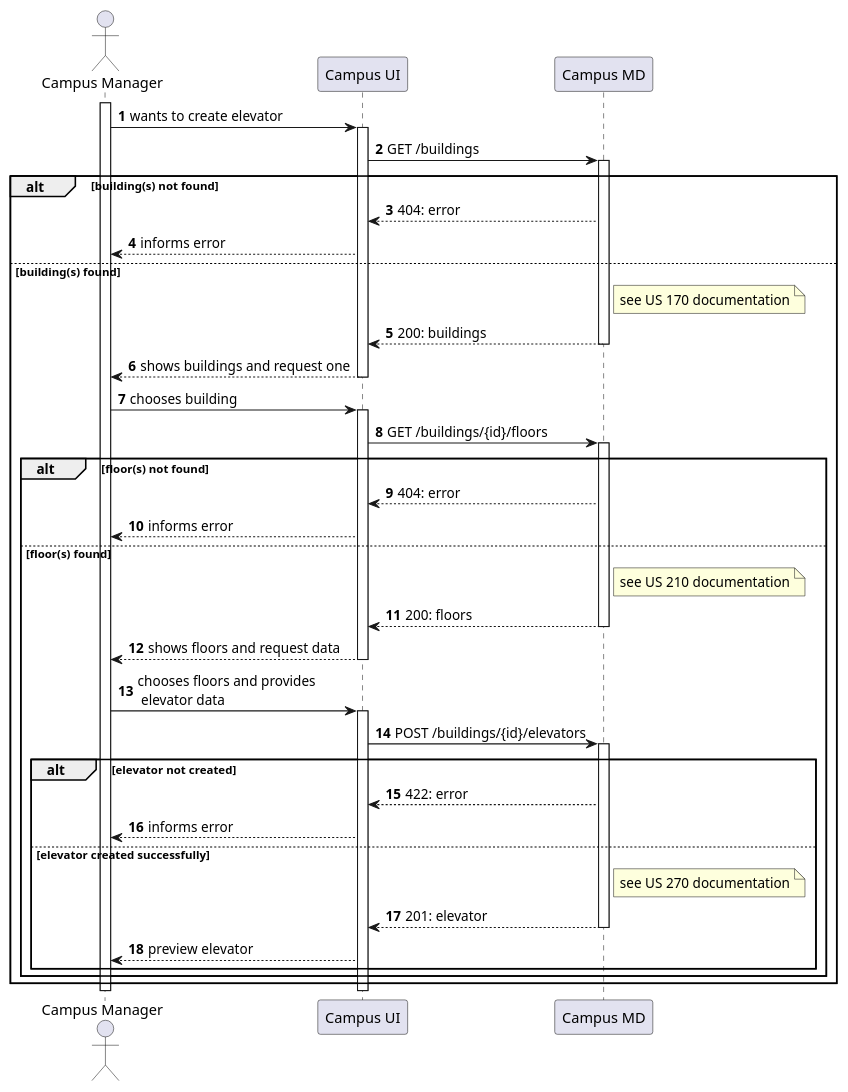
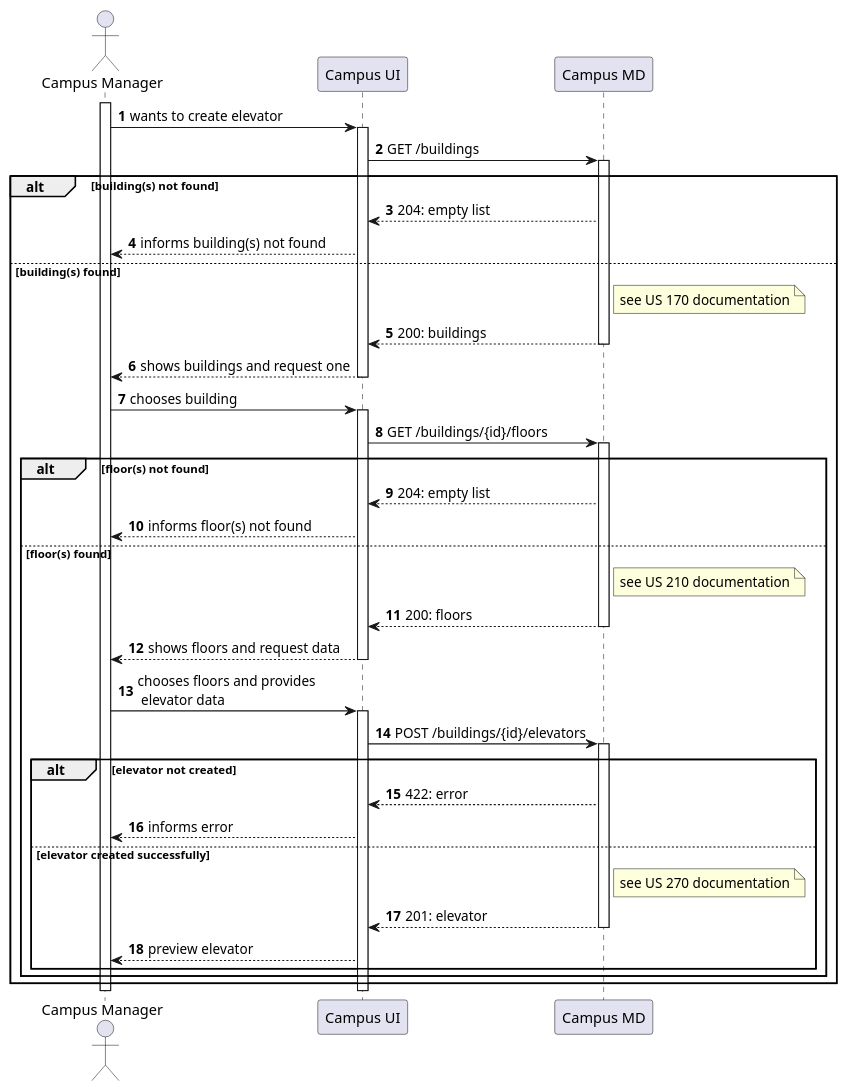
Before and after one commit to Departamento-de-Engenharia-Informatica/lapr5-23-24-g19: the diagram in docs/us1130/level2/process-view.puml, drawn with PlantUML. The commit also changed 4 other files, not shown here.

```diff
--- a/docs/us1130/level2/process-view.puml
+++ b/docs/us1130/level2/process-view.puml
@@ -1,64 +1,64 @@
 @startuml
 autonumber
 
 actor "Campus Manager" as usr
 
 participant "Campus UI" as ui
 participant "Campus MD" as md
 
 activate usr
     usr -> ui : wants to create elevator
     activate ui
         ui -> md : GET /buildings
         activate md
 
          alt building(s) not found
-                md --> ui : 404: error
-                ui --> usr :  informs error
+                md --> ui : 204: empty list
+                ui --> usr :  informs building(s) not found
          else building(s) found
             note right of md : see US 170 documentation
             md --> ui : 200: buildings
             deactivate md
 
         ui --> usr : shows buildings and request one
     deactivate ui
 
     usr -> ui : chooses building
     activate ui
         ui -> md : GET /buildings/{id}/floors
         activate md
 
         alt floor(s) not found
-                md --> ui : 404: error
-                ui --> usr :  informs error
+                md --> ui : 204: empty list
+                ui --> usr :  informs floor(s) not found
         else floor(s) found
 
             note right of md : see US 210 documentation
             md --> ui : 200: floors
         deactivate md
 
         ui --> usr : shows floors and request data
     deactivate ui
 
     usr -> ui: chooses floors and provides\n elevator data
     activate ui
         ui -> md : POST /buildings/{id}/elevators
         activate md
 
             alt elevator not created
                  md --> ui : 422: error
                  ui --> usr :  informs error
             else elevator created successfully
 
 
             note right of md : see US 270 documentation
             md --> ui : 201: elevator
         deactivate md
         ui --> usr : preview elevator
         end
     end
 end
     deactivate ui
 deactivate usr
 
 @enduml
```
